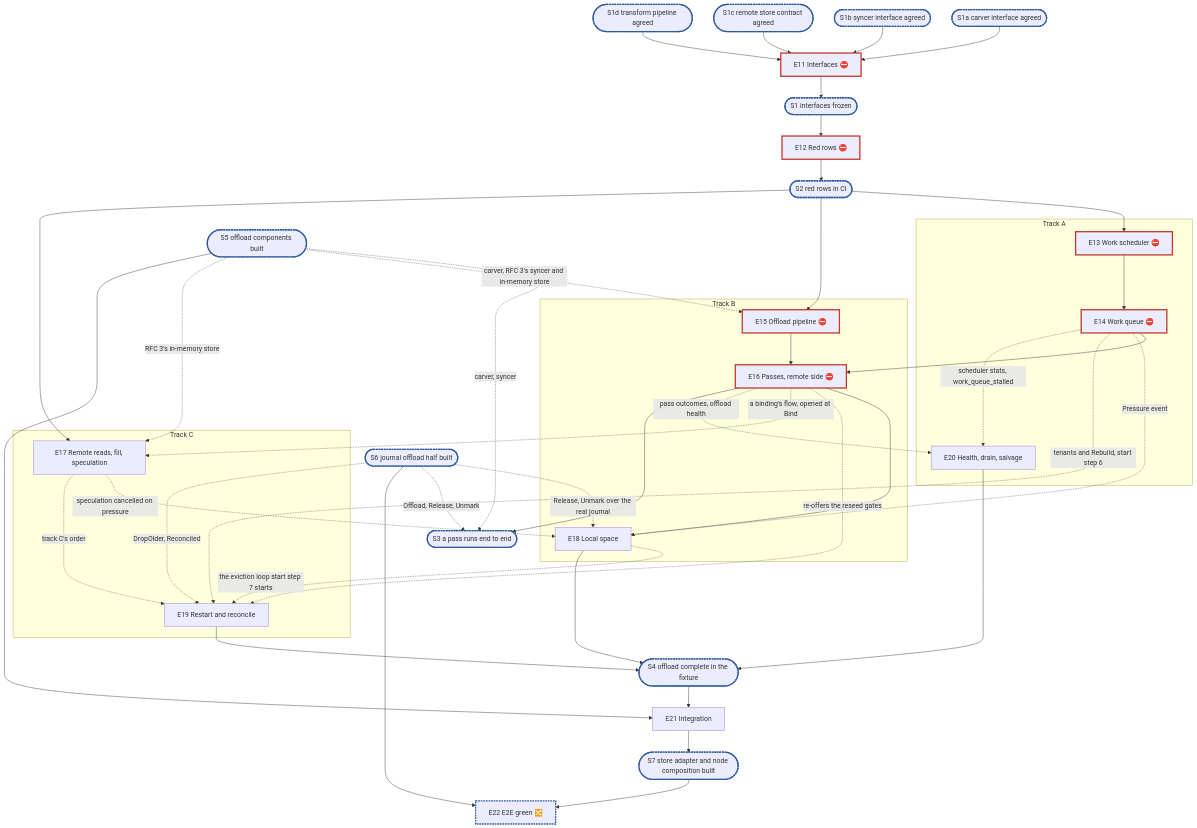
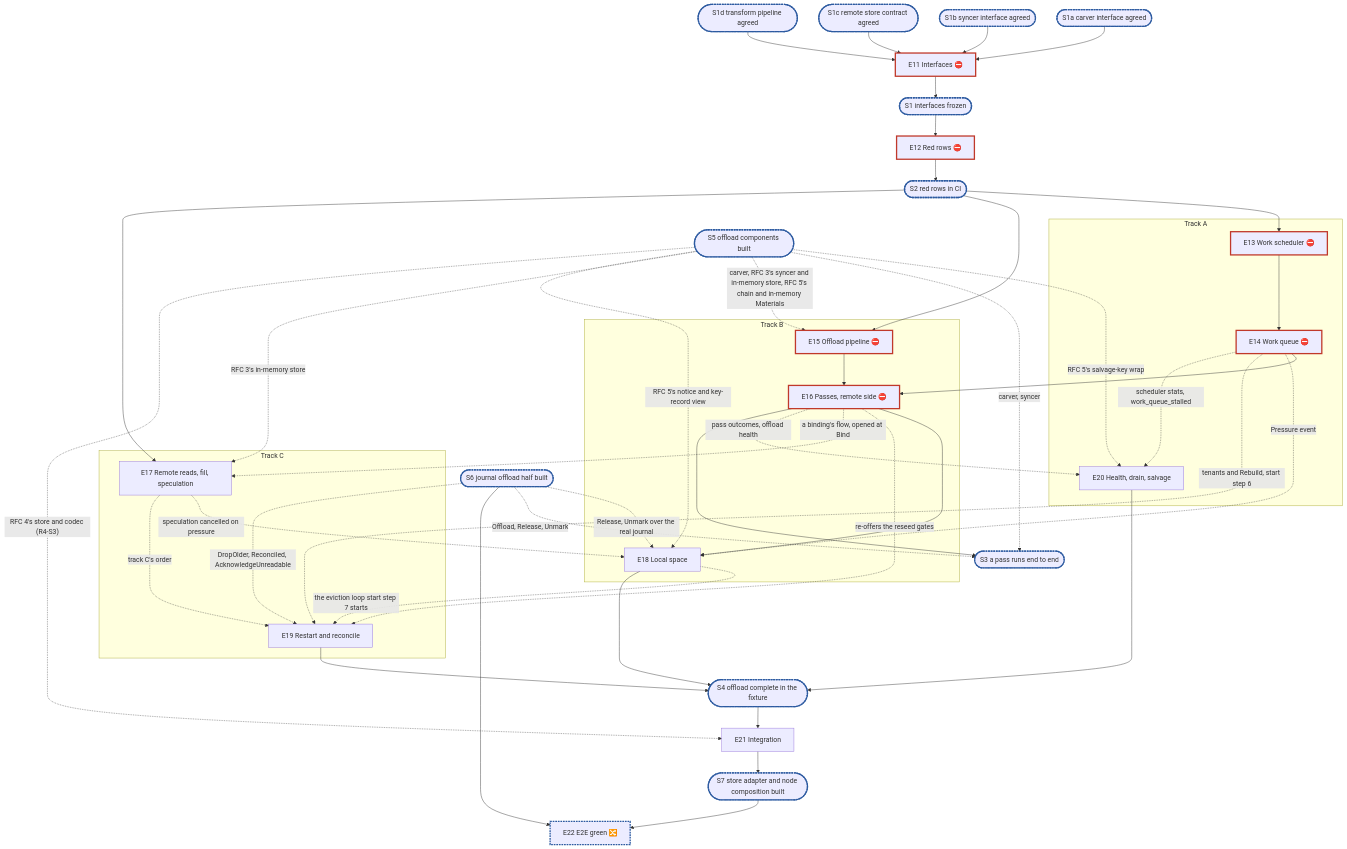
Before and after one commit to cubbit/dittofs: the diagram in .planning/rfc-8-offload-engine-plan.md, drawn with Mermaid. The commit also changed other lines of this file and 5 other files, not shown here.

````diff
--- a/.planning/rfc-8-offload-engine-plan.md
+++ b/.planning/rfc-8-offload-engine-plan.md
@@ -372,45 +394,47 @@
 ```mermaid
 flowchart TD
   S1a(["S1a carver interface agreed"]):::sync --> E11
   S1b(["S1b syncer interface agreed"]):::sync --> E11
   S1c(["S1c remote store contract agreed"]):::sync --> E11
   S1d(["S1d transform pipeline agreed"]):::sync --> E11
   E11["E11 Interfaces ⛔"]:::blocker --> S1(["S1 interfaces frozen"]):::sync
   S1 --> E12["E12 Red rows ⛔"]:::blocker --> S2(["S2 red rows in CI"]):::sync
   subgraph A["Track A"]
     E13["E13 Work scheduler ⛔"]:::blocker --> E14["E14 Work queue ⛔"]:::blocker
     E20["E20 Health, drain, salvage"]
   end
   subgraph B["Track B"]
     E15["E15 Offload pipeline ⛔"]:::blocker --> E16["E16 Passes, remote side ⛔"]:::blocker --> E18["E18 Local space"]
   end
   subgraph C["Track C"]
     E17["E17 Remote reads, fill, speculation"]
     E19["E19 Restart and reconcile"]
   end
   S2 --> E13 & E15 & E17
   E14 --> E16
   E14 -. "Pressure event" .-> E18
   E14 -. "tenants and Rebuild, start step 6" .-> E19
   E14 -. "scheduler stats, work_queue_stalled" .-> E20
   E16 -. "re-offers the reseed gates" .-> E19
   E16 -. "a binding's flow, opened at Bind" .-> E17
   E18 -. "the eviction loop start step 7 starts" .-> E19
   E16 -. "pass outcomes, offload health" .-> E20
   E17 -. "speculation cancelled on pressure" .-> E18
   E17 -. "track C's order" .-> E19
   S5(["S5 offload components built"]):::sync -. "carver, syncer" .-> S3
-  S5 -. "carver, RFC 3's syncer and in-memory store" .-> E15
+  S5 -. "carver, RFC 3's syncer and in-memory store, RFC 5's chain and in-memory Materials" .-> E15
   S5 -. "RFC 3's in-memory store" .-> E17
+  S5 -. "RFC 5's notice and key-record view" .-> E18
+  S5 -. "RFC 5's salvage-key wrap" .-> E20
   S6(["S6 journal offload half built"]):::sync -. "Offload, Release, Unmark" .-> S3
   E16 --> S3(["S3 a pass runs end to end"]):::sync
-  S6 -. "DropOlder, Reconciled" .-> E19
+  S6 -. "DropOlder, Reconciled, AcknowledgeUnreadable" .-> E19
   S6 -. "Release, Unmark over the real journal" .-> E18
   E18 & E19 & E20 --> S4(["S4 offload complete in the fixture"]):::sync
   S4 --> E21["E21 Integration"]
-  S5 --> E21
+  S5 -. "RFC 4's store and codec (R4-S3)" .-> E21
   E21 --> S7(["S7 store adapter and node composition built"]):::sync --> E22["E22 E2E green 🔀"]:::sync
   S6 --> E22
   classDef blocker stroke:#c0392b,stroke-width:3px
   classDef sync stroke:#2c5aa0,stroke-width:3px,stroke-dasharray:4 2
 ```
````
